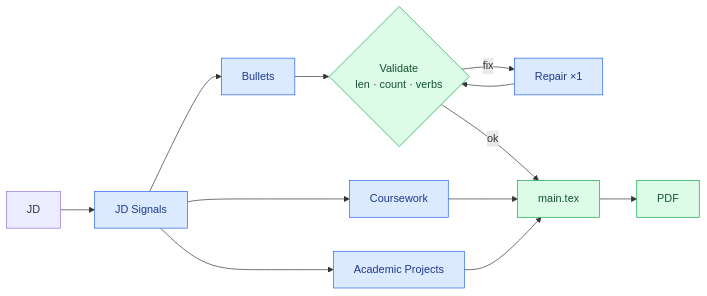
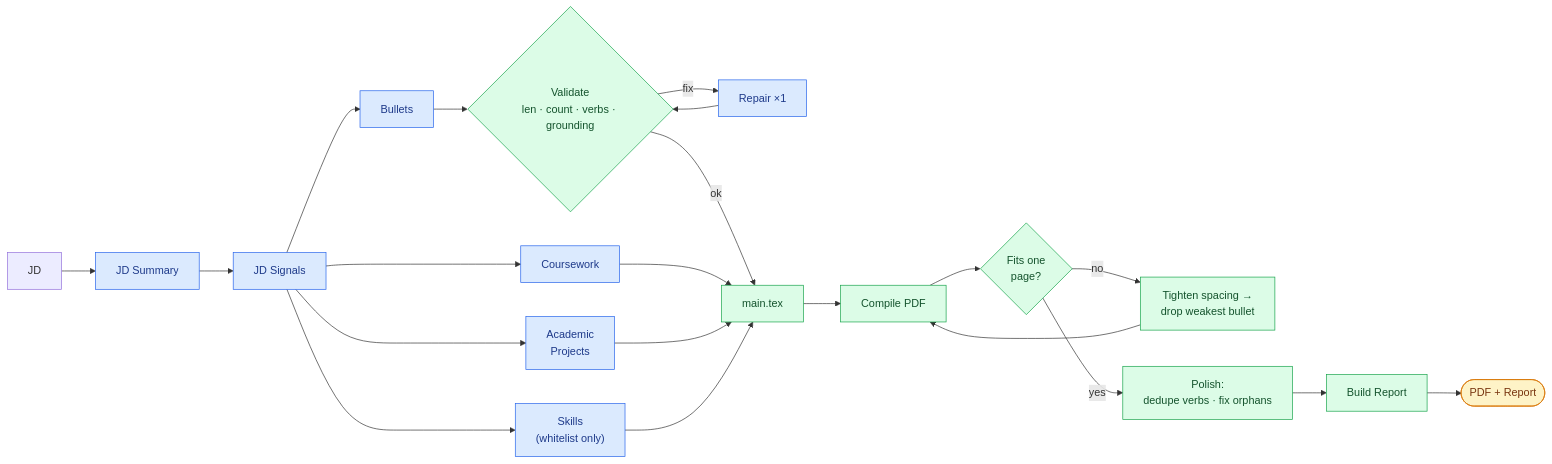
The diagram in README.md (nniishhh/ats-resume-builder), drawn with Mermaid before and after one commit. The commit also changed other lines of this file, not shown here.

Commit message:
docs: update architecture diagram for grounding, one-page fit, and polish
The workflow overview and diagram were written before skills grounding,
fit_to_one_page(), and polish_document() existed (added in 9091b04) —
they only showed JD signals -> bullets/coursework/projects -> validate/
repair -> PDF. Now reflects the full pipeline: skills selection against
the whitelist, the compile -> fit -> polish -> report loop, and that
fit/polish each recompile after every change.

````diff
--- a/README.md
+++ b/README.md
@@ -24,16 +27,24 @@
 ```mermaid
 flowchart LR
-    JD["JD"] --> SUM["JD Signals"]
-    SUM --> GEN["Bullets"] & CRS["Coursework"] & ACA["Academic Projects"]
-    GEN --> VAL{"Validate<br/>len · count · verbs"}
+    JD["JD"] --> SUM["JD Summary"] --> SIG["JD Signals"]
+    SIG --> GEN["Bullets"] & CRS["Coursework"] & ACA["Academic<br/>Projects"] & SKL["Skills<br/>(whitelist only)"]
+    GEN --> VAL{"Validate<br/>len · count · verbs · grounding"}
     VAL -->|"fix"| REP["Repair ×1"] --> VAL
     VAL -->|"ok"| TEX["main.tex"]
     CRS --> TEX
     ACA --> TEX
-    TEX --> PDF["PDF"]
+    SKL --> TEX
+    TEX --> PDF1["Compile PDF"]
+    PDF1 --> FIT{"Fits one<br/>page?"}
+    FIT -->|"no"| TRIM["Tighten spacing →<br/>drop weakest bullet"] --> PDF1
+    FIT -->|"yes"| POL["Polish:<br/>dedupe verbs · fix orphans"]
+    POL --> QA["Build Report"]
+    QA --> OUT(["PDF + Report"])
 
     classDef llm fill:#dbeafe,stroke:#2563eb,color:#1e3a8a;
     classDef code fill:#dcfce7,stroke:#16a34a,color:#14532d;
-    class SUM,GEN,CRS,ACA,REP llm
-    class VAL,TEX,PDF code
+    classDef out fill:#fef3c7,stroke:#d97706,color:#78350f;
+    class SUM,SIG,GEN,CRS,ACA,SKL,REP llm
+    class VAL,TEX,PDF1,FIT,TRIM,POL,QA code
+    class OUT out
 ```
````
